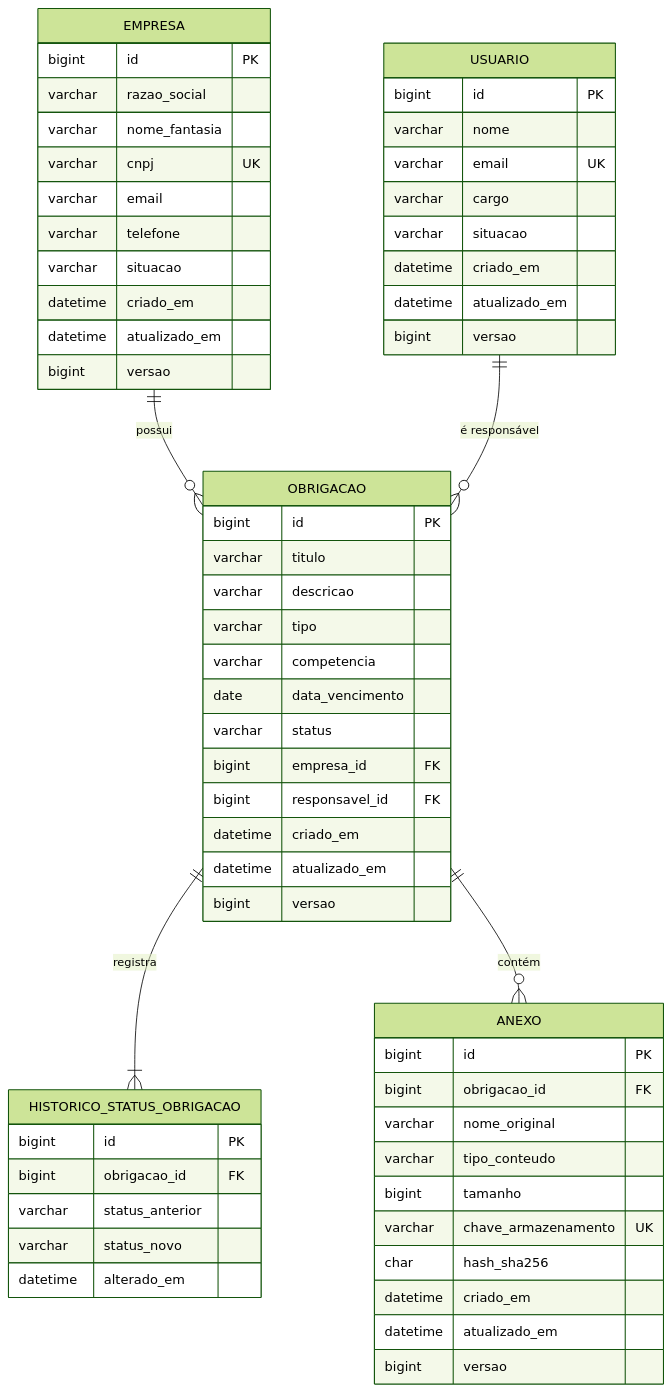
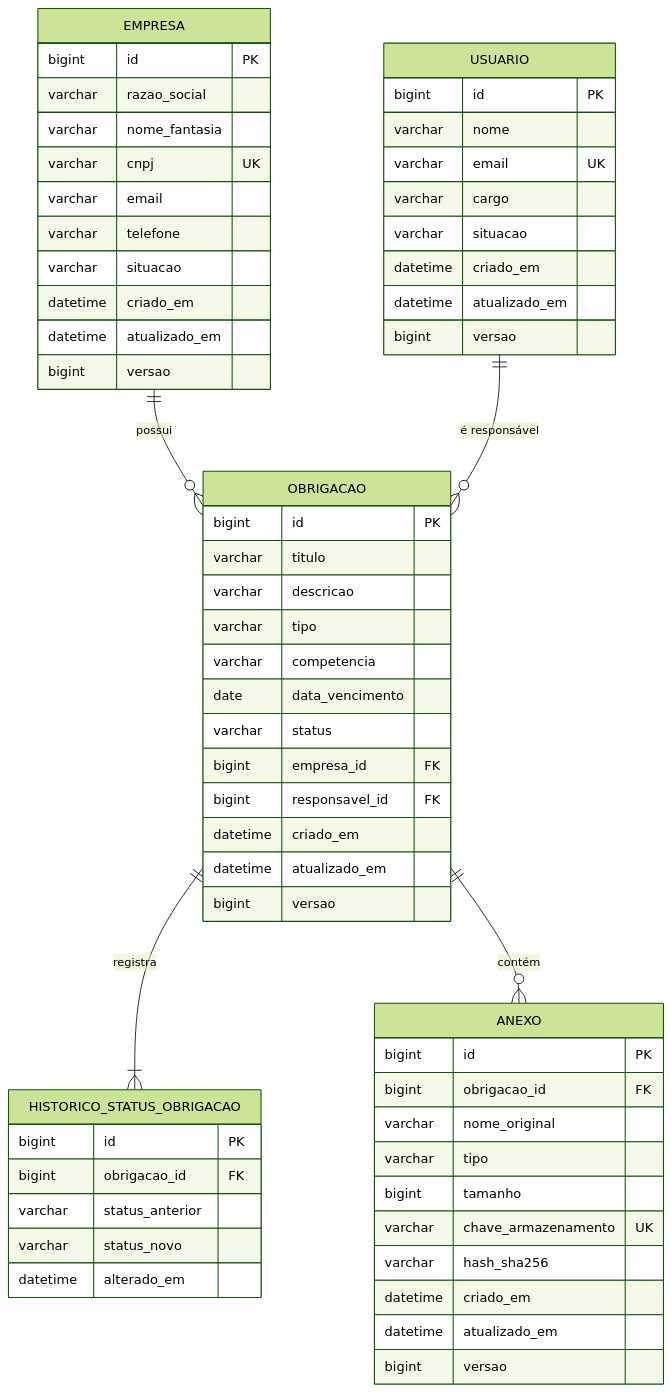
One commit to rafaelsdiniz/obrigacoes-backend changed the eighth of 10 diagrams in docs/02-arquitetura.md. Above: the diagram before and after it, drawn with Mermaid (forest theme). The commit also changed other lines of this file and 4 other files, not shown here.

````diff
--- a/docs/02-arquitetura.md
+++ b/docs/02-arquitetura.md
@@ -313,63 +316,63 @@
 ```mermaid
 erDiagram
     EMPRESA ||--o{ OBRIGACAO : possui
     USUARIO ||--o{ OBRIGACAO : "é responsável"
     OBRIGACAO ||--|{ HISTORICO_STATUS_OBRIGACAO : registra
     OBRIGACAO ||--o{ ANEXO : contém
 
     EMPRESA {
         bigint id PK
         varchar razao_social
         varchar nome_fantasia
         varchar cnpj UK
         varchar email
         varchar telefone
         varchar situacao
         datetime criado_em
         datetime atualizado_em
         bigint versao
     }
     USUARIO {
         bigint id PK
         varchar nome
         varchar email UK
         varchar cargo
         varchar situacao
         datetime criado_em
         datetime atualizado_em
         bigint versao
     }
     OBRIGACAO {
         bigint id PK
         varchar titulo
         varchar descricao
         varchar tipo
         varchar competencia
         date data_vencimento
         varchar status
         bigint empresa_id FK
         bigint responsavel_id FK
         datetime criado_em
         datetime atualizado_em
         bigint versao
     }
     HISTORICO_STATUS_OBRIGACAO {
         bigint id PK
         bigint obrigacao_id FK
         varchar status_anterior
         varchar status_novo
         datetime alterado_em
     }
     ANEXO {
         bigint id PK
         bigint obrigacao_id FK
         varchar nome_original
-        varchar tipo_conteudo
+        varchar tipo
         bigint tamanho
         varchar chave_armazenamento UK
-        char hash_sha256
+        varchar hash_sha256
         datetime criado_em
         datetime atualizado_em
         bigint versao
     }
 ```
````
